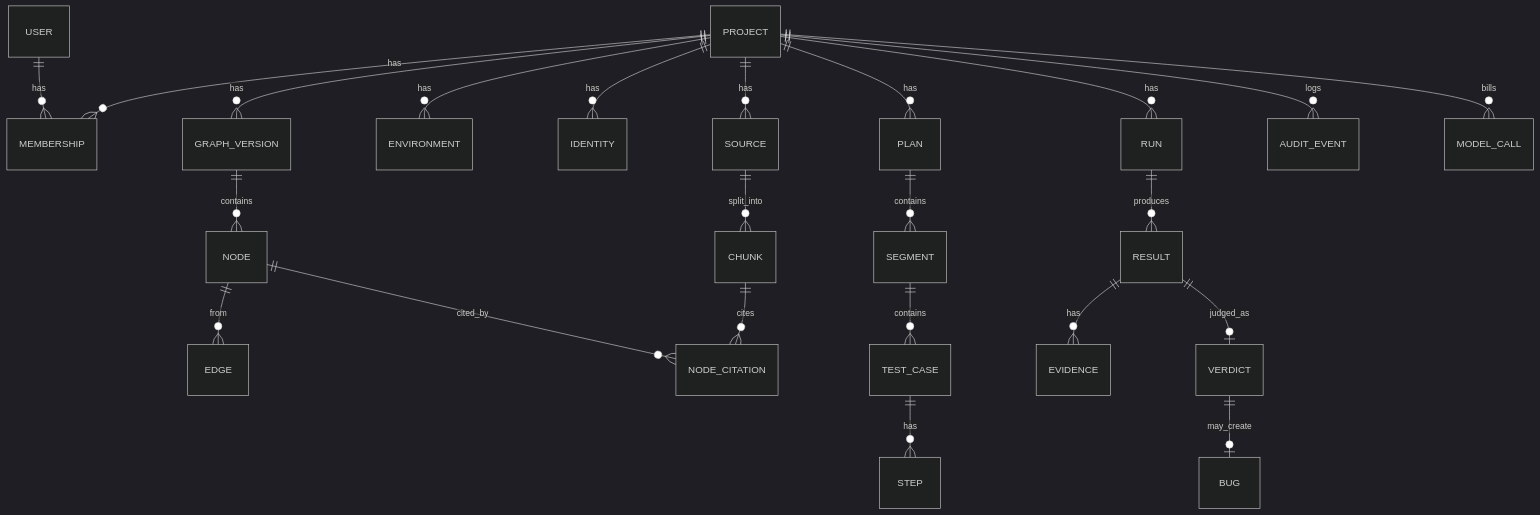
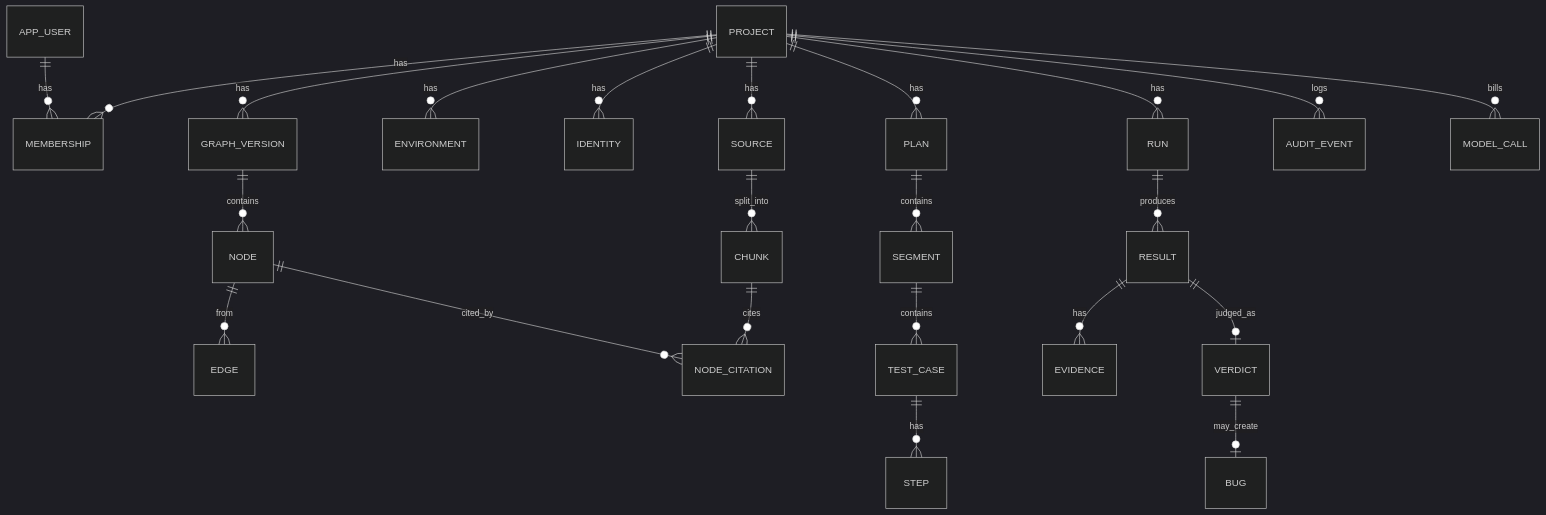
Before and after one commit to bushra2305341010-afk/Smart-QA: the diagram in docs/07-database.md, drawn with Mermaid (dark theme). The commit also changed other lines of this file and 39 other files, not shown here.

````diff
--- a/docs/07-database.md
+++ b/docs/07-database.md
@@ -7,25 +7,25 @@
 ```mermaid
 erDiagram
-    USER ||--o{ MEMBERSHIP : has
+    APP_USER ||--o{ MEMBERSHIP : has
     PROJECT ||--o{ MEMBERSHIP : has
     PROJECT ||--o{ SOURCE : has
     PROJECT ||--o{ ENVIRONMENT : has
     PROJECT ||--o{ IDENTITY : has
     SOURCE ||--o{ CHUNK : split_into
     PROJECT ||--o{ GRAPH_VERSION : has
     GRAPH_VERSION ||--o{ NODE : contains
     NODE ||--o{ EDGE : from
     NODE ||--o{ NODE_CITATION : cited_by
     CHUNK ||--o{ NODE_CITATION : cites
     PROJECT ||--o{ PLAN : has
     PLAN ||--o{ SEGMENT : contains
     SEGMENT ||--o{ TEST_CASE : contains
     TEST_CASE ||--o{ STEP : has
     PROJECT ||--o{ RUN : has
     RUN ||--o{ RESULT : produces
     RESULT ||--o{ EVIDENCE : has
     RESULT ||--o| VERDICT : judged_as
     VERDICT ||--o| BUG : may_create
     PROJECT ||--o{ AUDIT_EVENT : logs
     PROJECT ||--o{ MODEL_CALL : bills
 ```
````
